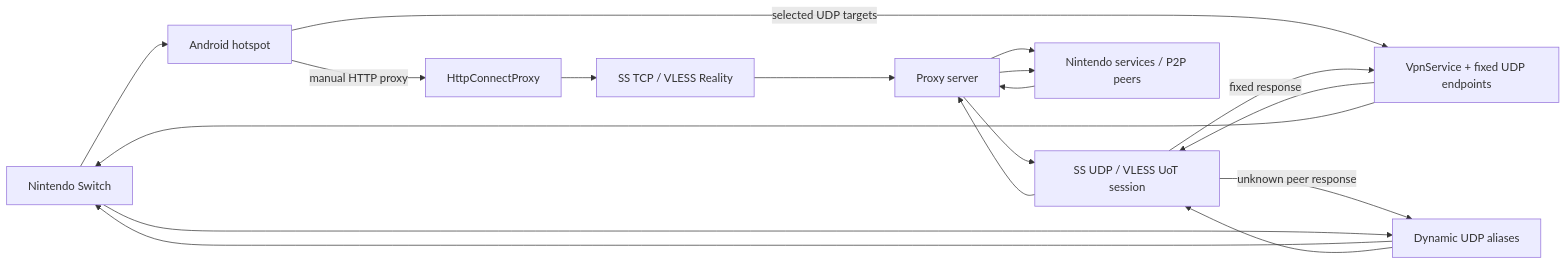
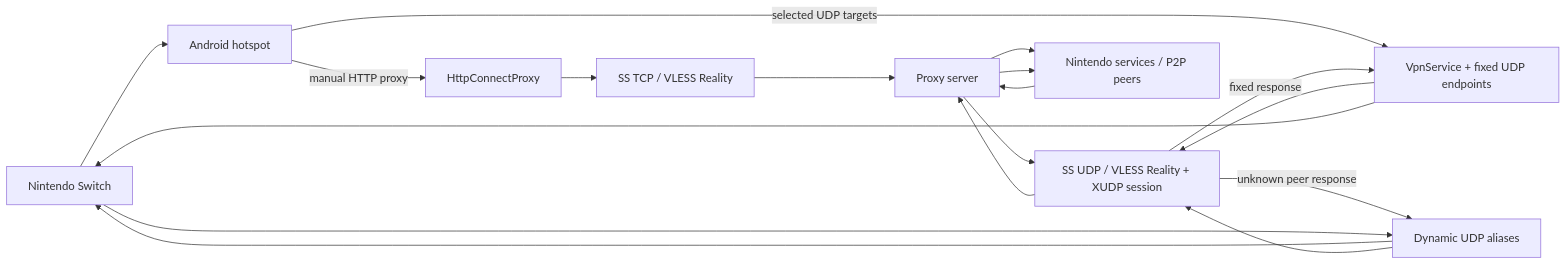
One commit to watyfges/SwitchNAT changed the diagram in docs/TECHNICAL_DESIGN.md. Above: the diagram before and after it, drawn with Mermaid. The commit also changed other lines of this file and 21 other files, not shown here.

```diff
--- a/docs/TECHNICAL_DESIGN.md
+++ b/docs/TECHNICAL_DESIGN.md
@@ -29,23 +29,23 @@
 ~~~mermaid
 flowchart LR
     NS["Nintendo Switch"]
     HOTSPOT["Android hotspot"]
     HTTP["HttpConnectProxy"]
     VPN["VpnService + fixed UDP endpoints"]
     ALIAS["Dynamic UDP aliases"]
     SSTCP["SS TCP / VLESS Reality"]
-    SSUDP["SS UDP / VLESS UoT session"]
+    SSUDP["SS UDP / VLESS Reality + XUDP session"]
     SERVER["Proxy server"]
     DEST["Nintendo services / P2P peers"]
 
     NS --> HOTSPOT
     HOTSPOT -->|"manual HTTP proxy"| HTTP
     HTTP --> SSTCP --> SERVER --> DEST
     HOTSPOT -->|"selected UDP targets"| VPN
     VPN --> SSUDP --> SERVER
     SERVER --> DEST
     DEST --> SERVER --> SSUDP
     SSUDP -->|"fixed response"| VPN --> NS
     SSUDP -->|"unknown peer response"| ALIAS --> NS
     NS --> ALIAS --> SSUDP
 ~~~
```
